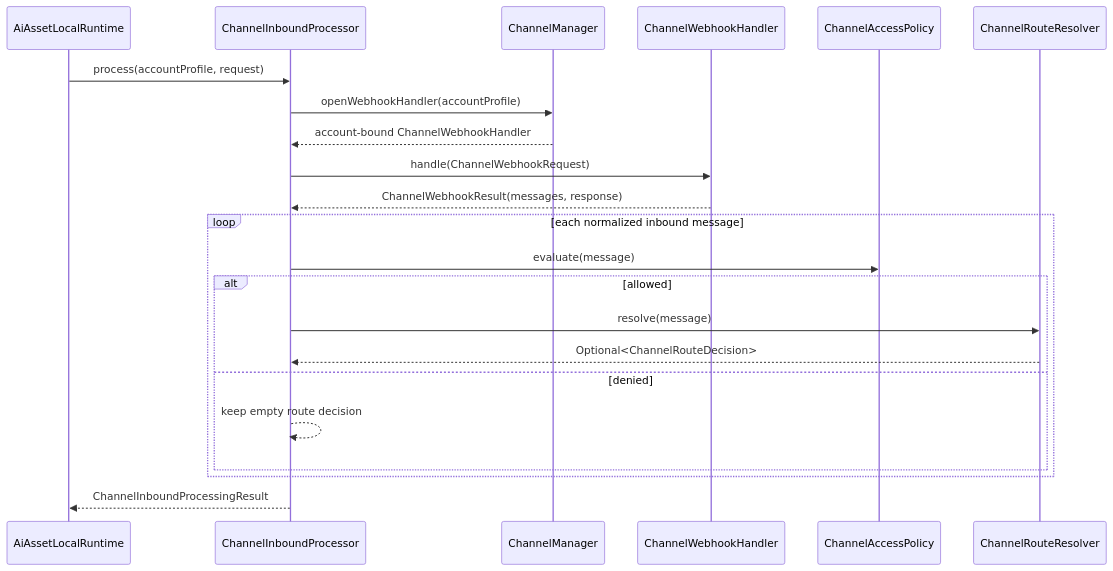
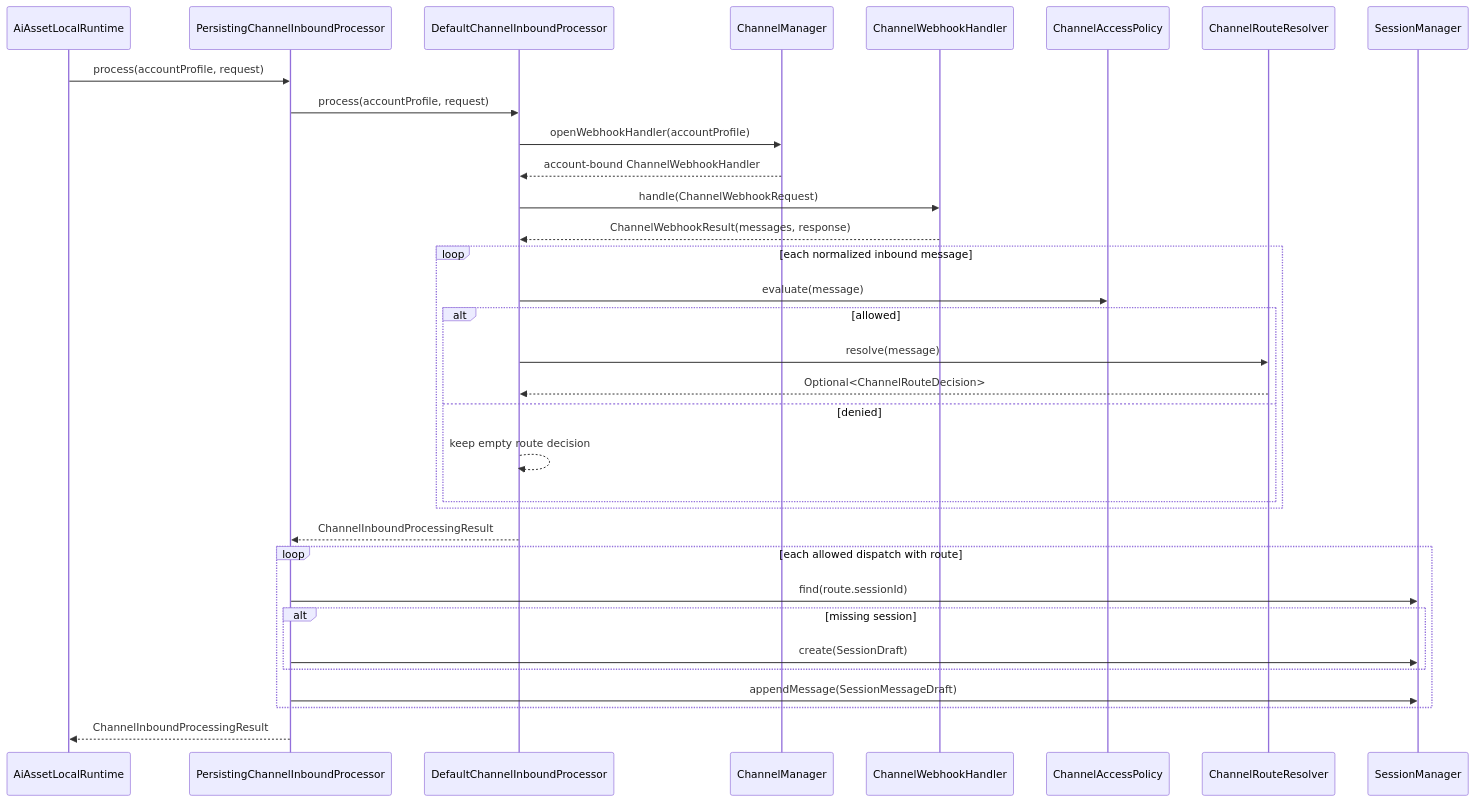
The first of 2 diagrams in docs/tasks/channel-runtime-module.md (xinlangtao/IntentForge), drawn with Mermaid before and after one commit. The commit also changed other lines of this file, not shown here.

Commit message:
docs: close channel inbound session task

````diff
--- a/docs/tasks/channel-runtime-module.md
+++ b/docs/tasks/channel-runtime-module.md
@@ -126,24 +129,35 @@
 ```mermaid
 sequenceDiagram
     participant Runtime as AiAssetLocalRuntime
-    participant Processor as ChannelInboundProcessor
+    participant Persistor as PersistingChannelInboundProcessor
+    participant Processor as DefaultChannelInboundProcessor
     participant Manager as ChannelManager
     participant Handler as ChannelWebhookHandler
     participant Access as ChannelAccessPolicy
     participant Route as ChannelRouteResolver
-    Runtime->>Processor: process(accountProfile, request)
+    participant Session as SessionManager
+    Runtime->>Persistor: process(accountProfile, request)
+    Persistor->>Processor: process(accountProfile, request)
     Processor->>Manager: openWebhookHandler(accountProfile)
     Manager-->>Processor: account-bound ChannelWebhookHandler
     Processor->>Handler: handle(ChannelWebhookRequest)
     Handler-->>Processor: ChannelWebhookResult(messages, response)
     loop each normalized inbound message
         Processor->>Access: evaluate(message)
         alt allowed
             Processor->>Route: resolve(message)
             Route-->>Processor: Optional<ChannelRouteDecision>
         else denied
             Processor-->>Processor: keep empty route decision
         end
     end
-    Processor-->>Runtime: ChannelInboundProcessingResult
+    Processor-->>Persistor: ChannelInboundProcessingResult
+    loop each allowed dispatch with route
+        Persistor->>Session: find(route.sessionId)
+        alt missing session
+            Persistor->>Session: create(SessionDraft)
+        end
+        Persistor->>Session: appendMessage(SessionMessageDraft)
+    end
+    Persistor-->>Runtime: ChannelInboundProcessingResult
 ```
````
